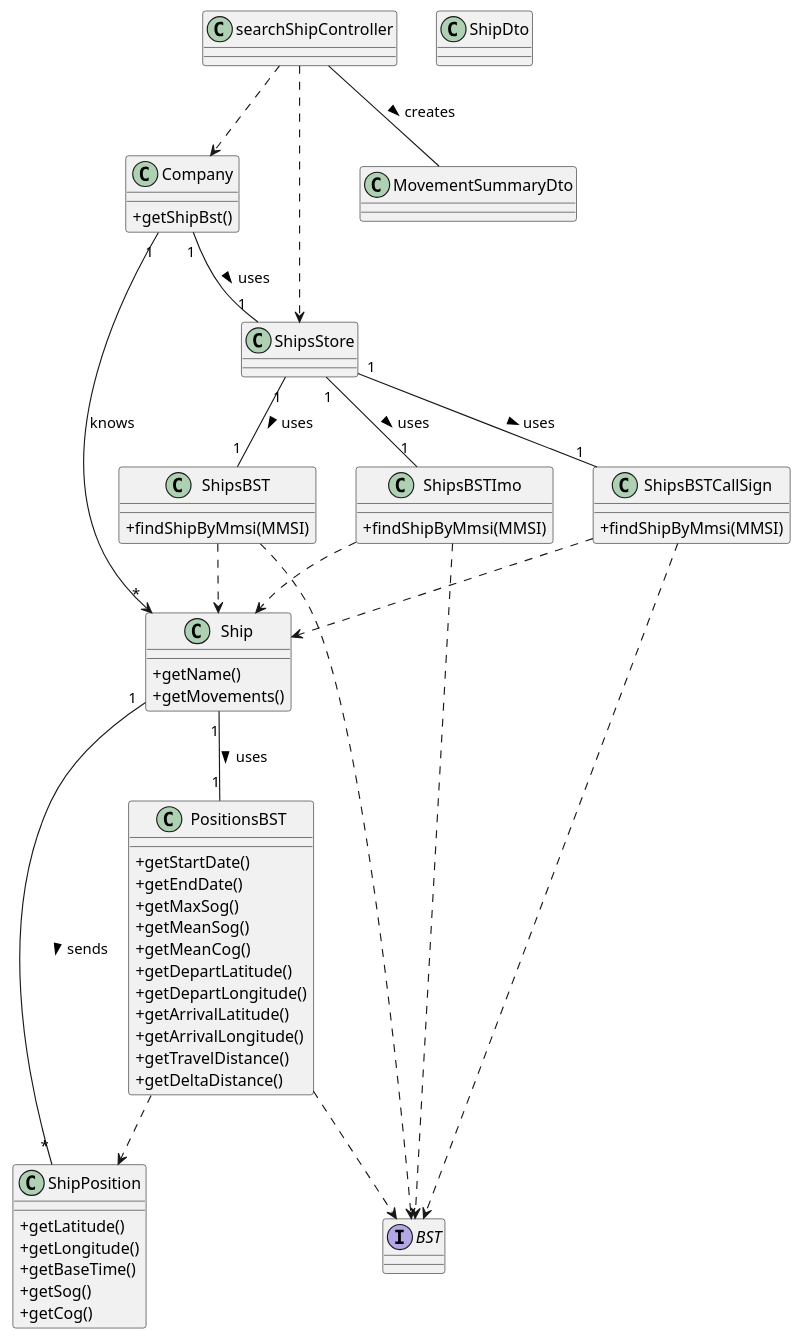
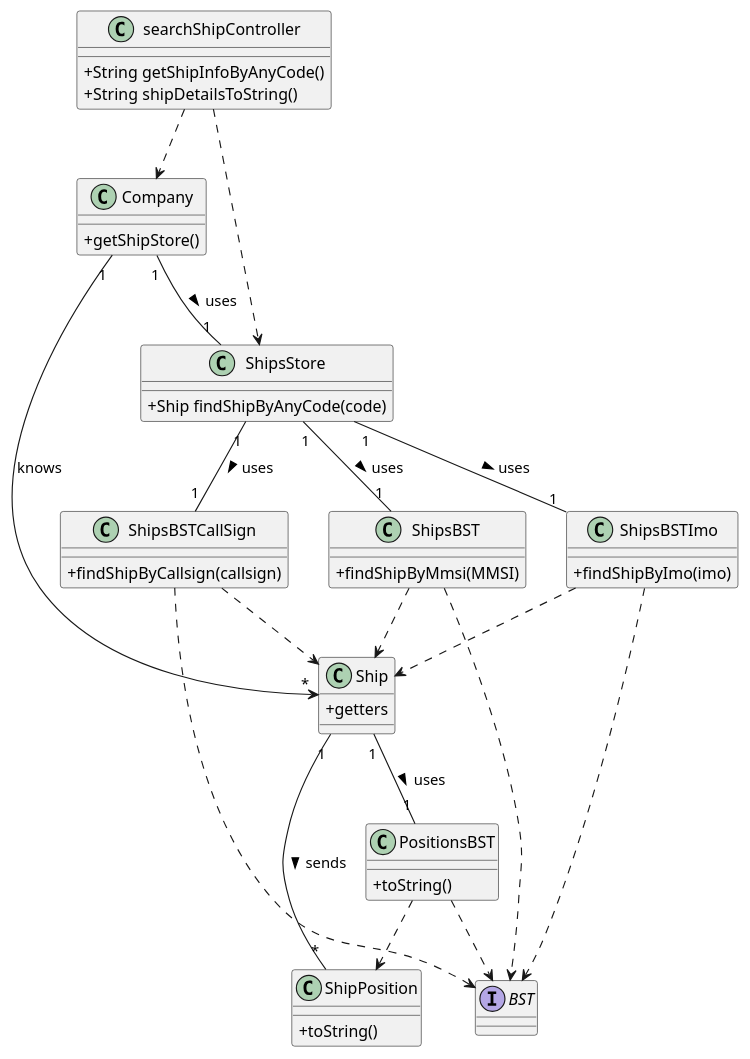
Before and after one commit to ana-albergaria/LAPR3-ISEP: the diagram in docs/US102/CD_102.puml, drawn with PlantUML. The commit also changed 12 other files, not shown here.

```diff
--- a/docs/US102/CD_102.puml
+++ b/docs/US102/CD_102.puml
@@ -1,75 +1,60 @@
 @startuml
 skinparam classAttributeIconSize 0
 
 class Company{
-    +getShipBst()
+    +getShipStore()
 }
 Interface BST{}
 
+class ShipsStore{
+    +Ship findShipByAnyCode(code)
+}
 class Ship {
-    +getName()
-    +getMovements()
+    +getters
 }
 
 class ShipsBST{
     +findShipByMmsi(MMSI)
 }
 
 class ShipsBSTImo{
-    +findShipByMmsi(MMSI)
+    +findShipByImo(imo)
 }
 class ShipsBSTCallSign{
-     +findShipByMmsi(MMSI)
+     +findShipByCallsign(callsign)
  }
 
 class ShipPosition{
-    +getLatitude()
-    +getLongitude()
-    +getBaseTime()
-    +getSog()
-    +getCog()
+    +toString()
 }
 
 class PositionsBST {
-    +getStartDate()
-    +getEndDate()
-    +getMaxSog()
-    +getMeanSog()
-    +getMeanCog()
-    +getDepartLatitude()
-    +getDepartLongitude()
-    +getArrivalLatitude()
-    +getArrivalLongitude()
-    +getTravelDistance()
-    +getDeltaDistance()
+    +toString()
 }
 
 
 class searchShipController {
-}
-
-class ShipDto{
-
+    +String getShipInfoByAnyCode()
+    +String shipDetailsToString()
 }
 
 
 searchShipController ..> Company
 searchShipController ..> ShipsStore
-searchShipController -- MovementSummaryDto: creates >
 Company "1" --> "*" Ship : knows
 Company "1" -- "1" ShipsStore : uses >
 ShipsStore "1" -- "1" ShipsBSTCallSign : uses >
 ShipsStore "1" -- "1" ShipsBST : uses >
 ShipsStore "1" -- "1" ShipsBSTImo : uses >
 ShipsBST ..> Ship
 ShipsBSTImo ..> Ship
 ShipsBSTCallSign ..> Ship
 Ship "1" -- "*" ShipPosition : sends >
 Ship "1" -- "1" PositionsBST : uses >
 PositionsBST ..> ShipPosition
 ShipsBST ..> BST
 ShipsBSTImo ..> BST
 ShipsBSTCallSign ..> BST
 PositionsBST ..> BST
 
 @enduml
```
